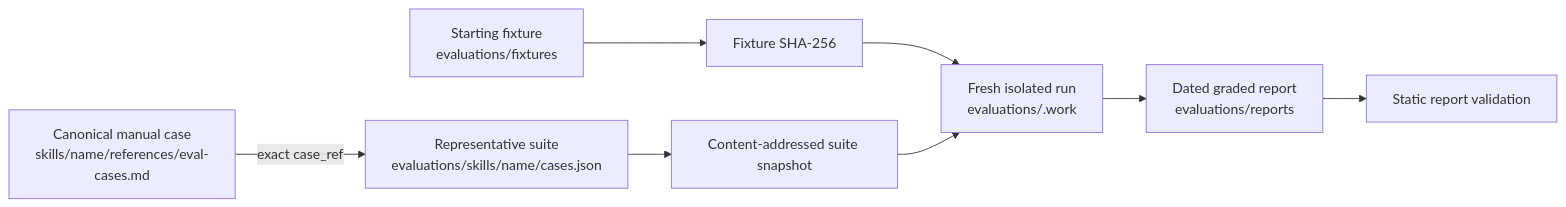
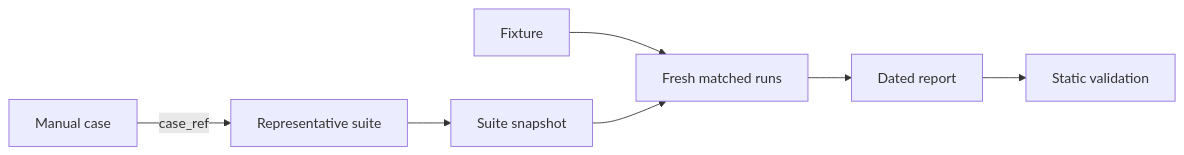
Before and after one commit to meteor/agent-skills: the second of 2 diagrams in docs/maintenance-verification.md, drawn with Mermaid. The commit also changed other lines of this file and 3 other files, not shown here.

````diff
--- a/docs/maintenance-verification.md
+++ b/docs/maintenance-verification.md
@@ -106,19 +149,9 @@
 ```mermaid
 flowchart LR
-  A[Canonical manual case<br/>skills/name/references/eval-cases.md]
-  B[Representative suite<br/>evaluations/skills/name/cases.json]
-  C[Starting fixture<br/>evaluations/fixtures]
-  D[Fixture SHA-256]
-  E[Content-addressed suite snapshot]
-  F[Fresh isolated run<br/>evaluations/.work]
-  G[Dated graded report<br/>evaluations/reports]
-  H[Static report validation]
-
-  A -->|exact case_ref| B
-  C --> D
-  B --> E
-  D --> F
-  E --> F
-  F --> G
-  G --> H
+  A[Manual case] -->|case_ref| B[Representative suite]
+  C[Fixture] --> D[Fresh matched runs]
+  B --> E[Suite snapshot]
+  E --> D
+  D --> F[Dated report]
+  F --> G[Static validation]
 ```
````
